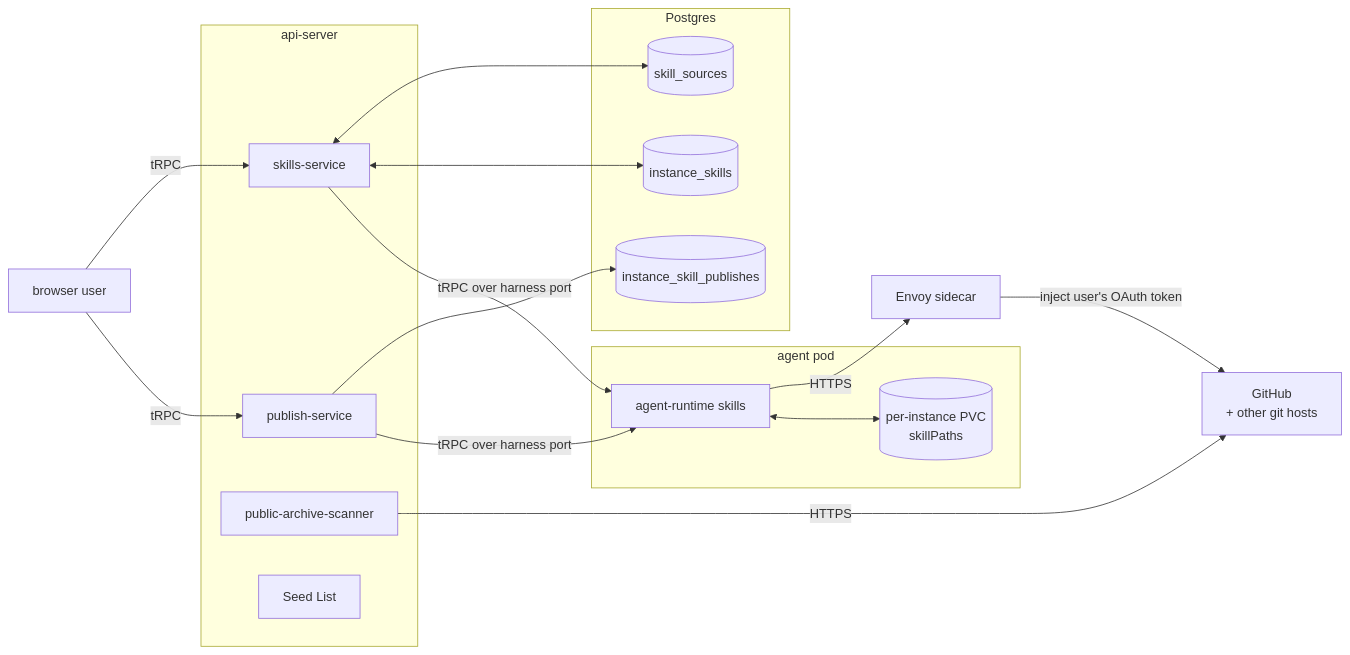
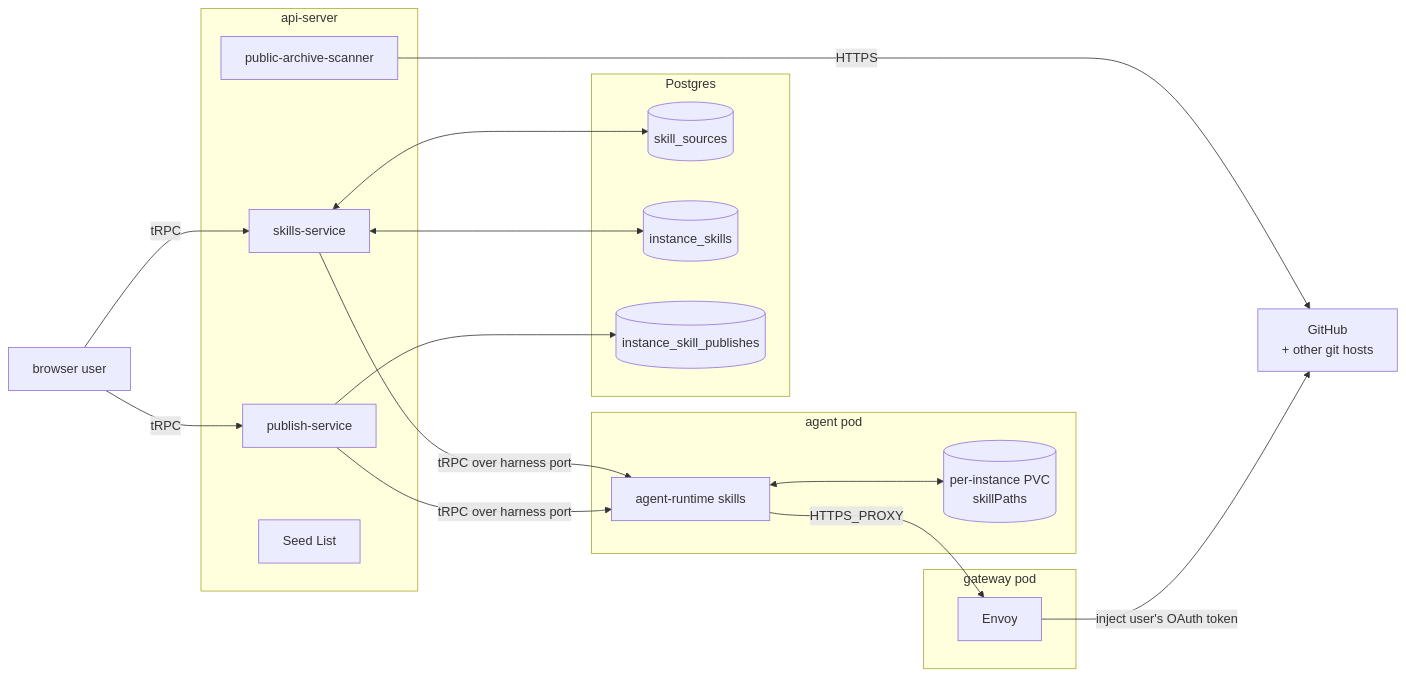
The first of 3 diagrams in docs/architecture/skills.md (subbyte/dam), drawn with Mermaid before and after one commit. The commit also changed other lines of this file and 22 other files, not shown here.

````diff
--- a/docs/architecture/skills.md
+++ b/docs/architecture/skills.md
@@ -26,40 +27,42 @@
 ```mermaid
 flowchart LR
   user[browser user]
   github[GitHub<br/>+ other git hosts]
 
   subgraph api-server[api-server]
     skills-svc[skills-service]
     pub-svc[publish-service]
     scanner[public-archive-scanner]
     seeds[Seed List]
   end
 
   subgraph postgres[Postgres]
     src[(skill_sources)]
     inst[(instance_skills)]
     pubs[(instance_skill_publishes)]
   end
 
   subgraph pod[agent pod]
     rt-skills[agent-runtime skills]
     pvc[(per-instance PVC<br/>skillPaths)]
   end
 
-  envoy[Envoy sidecar]
+  subgraph gateway[gateway pod]
+    envoy[Envoy]
+  end
 
   user -->|tRPC| skills-svc
   user -->|tRPC| pub-svc
 
   skills-svc <--> src
   skills-svc <--> inst
   pub-svc --> pubs
 
   scanner -->|HTTPS| github
   skills-svc -->|tRPC over harness port| rt-skills
   pub-svc -->|tRPC over harness port| rt-skills
 
-  rt-skills -->|HTTPS| envoy
+  rt-skills -->|HTTPS_PROXY| envoy
   envoy -->|inject user's OAuth token| github
   rt-skills <--> pvc
 ```
````
